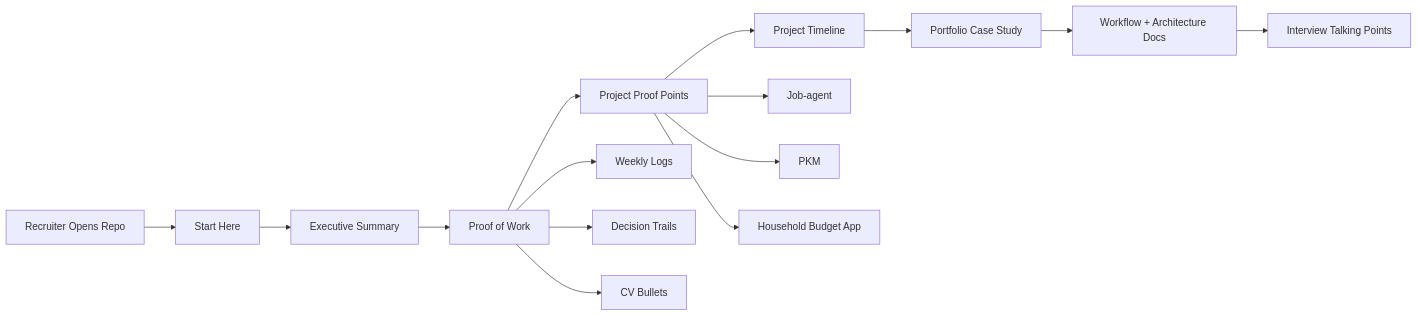
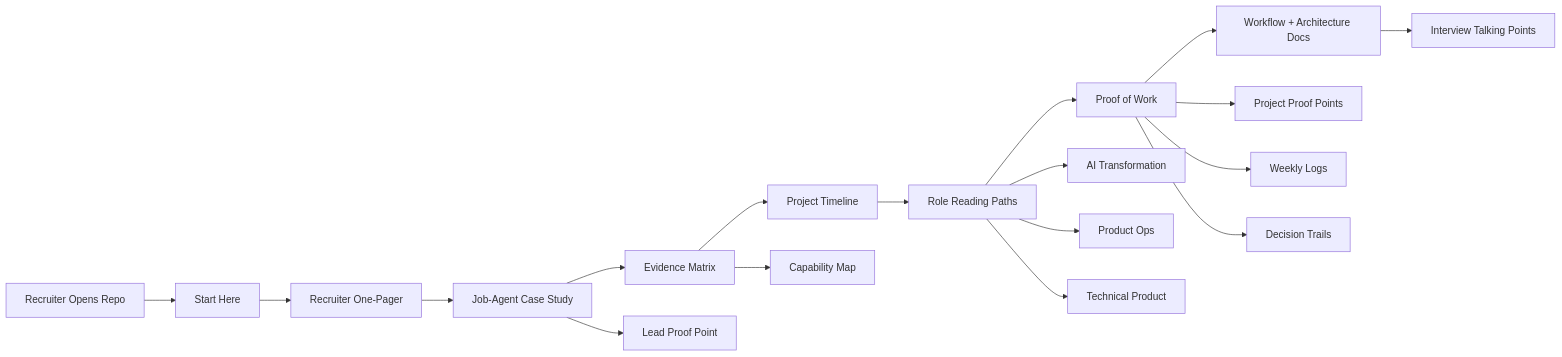
One commit to marcus-uden-dev/ai-native-proof-of-work changed the diagram in diagrams/RECRUITER_VIEW.md. Above: the diagram before and after it, drawn with Mermaid. The commit also changed 23 other files, not shown here.

Commit message:
Add recruiter and agent review layer

````diff
--- a/diagrams/RECRUITER_VIEW.md
+++ b/diagrams/RECRUITER_VIEW.md
@@ -6,18 +6,21 @@
 ```mermaid
 flowchart LR
     A[Recruiter Opens Repo] --> B[Start Here]
-    B --> C[Executive Summary]
-    C --> D[Proof of Work]
-    D --> E[Project Proof Points]
+    B --> C[Recruiter One-Pager]
+    C --> D[Job-Agent Case Study]
+    D --> E[Evidence Matrix]
     E --> F[Project Timeline]
-    F --> G[Portfolio Case Study]
-    G --> H[Workflow + Architecture Docs]
-    H --> I[Interview Talking Points]
+    F --> G[Role Reading Paths]
+    G --> H[Proof of Work]
+    H --> I[Workflow + Architecture Docs]
+    I --> J[Interview Talking Points]
 
-    E --> E1[Job-agent]
-    E --> E2[PKM]
-    E --> E3[Household Budget App]
-    D --> D1[Weekly Logs]
-    D --> D2[Decision Trails]
-    D --> D3[CV Bullets]
+    D --> D1[Lead Proof Point]
+    E --> E1[Capability Map]
+    G --> G1[AI Transformation]
+    G --> G2[Product Ops]
+    G --> G3[Technical Product]
+    H --> H1[Project Proof Points]
+    H --> H2[Weekly Logs]
+    H --> H3[Decision Trails]
 ```
````
